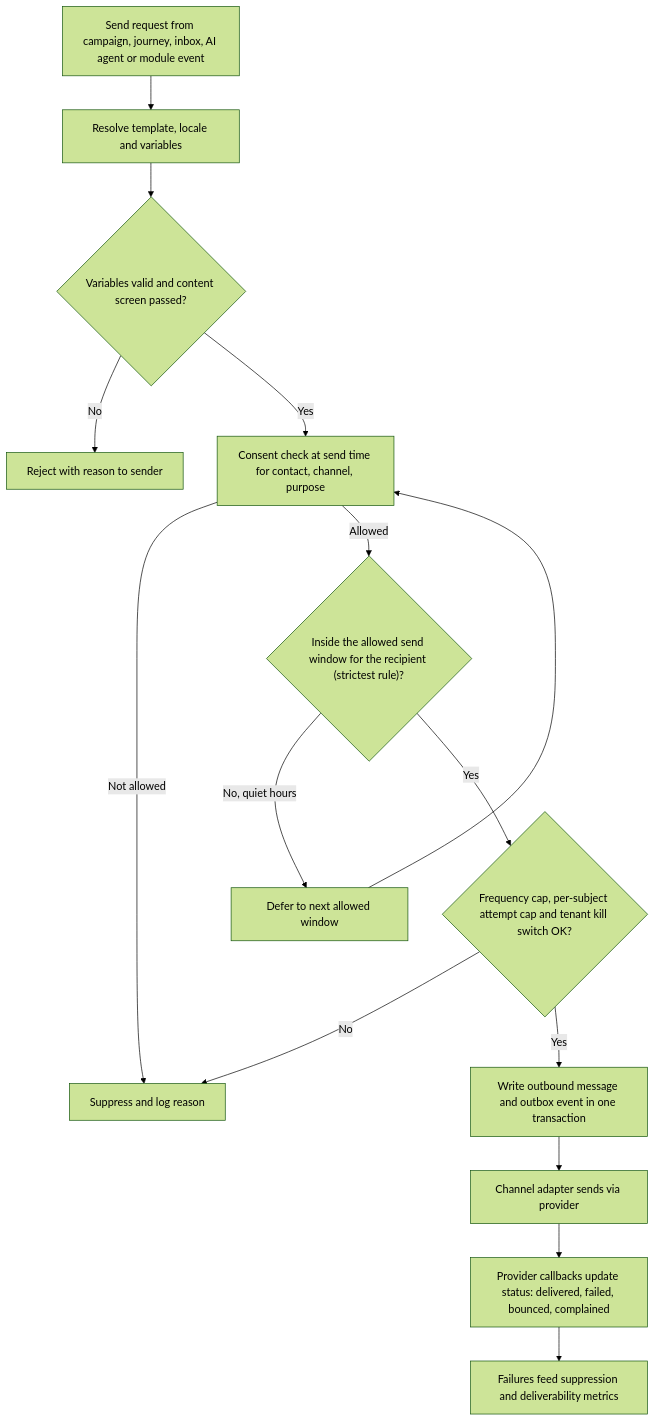
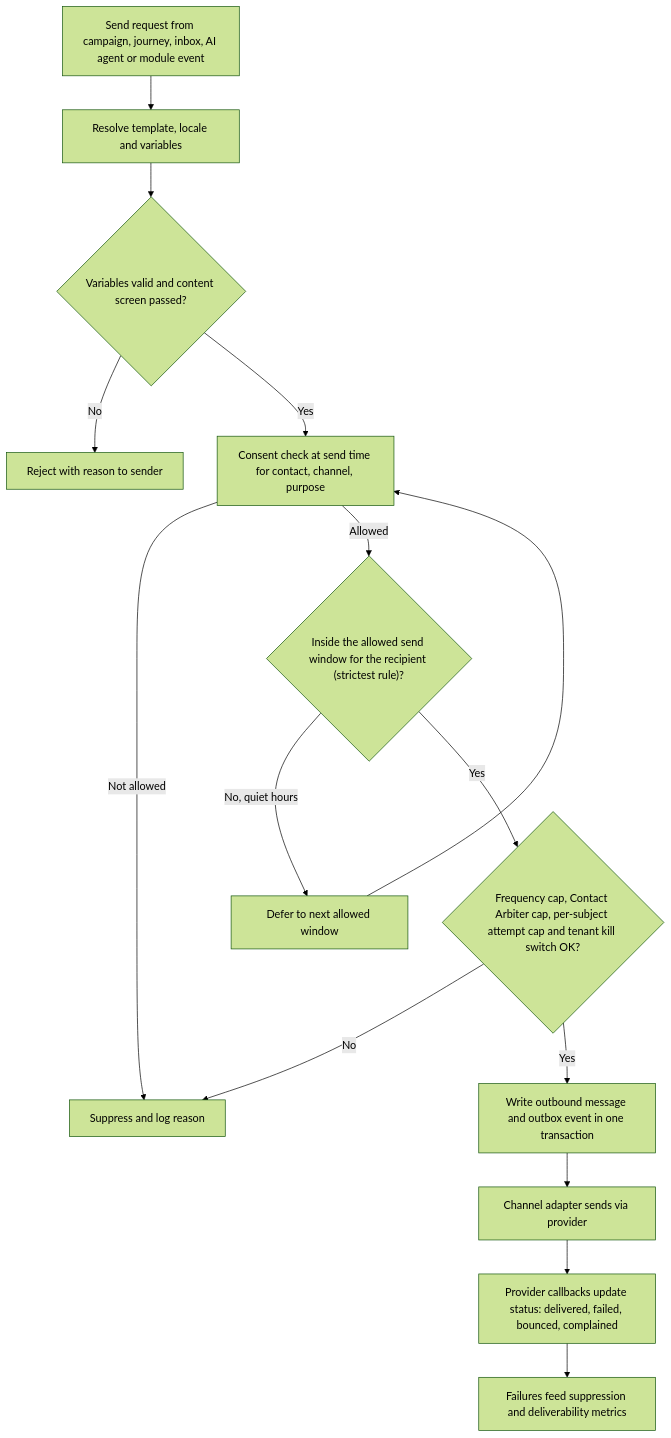
One commit to jdinard/landscape changed diagram 11 of 15 in docs/16-marketing-growth-communications.md. Above: the diagram before and after it, drawn with Mermaid (forest theme). The commit also changed other lines of this file and 42 other files, not shown here.

````diff
--- a/docs/16-marketing-growth-communications.md
+++ b/docs/16-marketing-growth-communications.md
@@ -1159,17 +1156,17 @@
 ```mermaid
 flowchart TD
     A["Send request from campaign, journey, inbox, AI agent or module event"] --> B["Resolve template, locale and variables"]
     B --> C{"Variables valid and content screen passed?"}
     C -- No --> Z["Reject with reason to sender"]
     C -- Yes --> D["Consent check at send time for contact, channel, purpose"]
     D -- "Not allowed" --> Y["Suppress and log reason"]
     D -- Allowed --> E{"Inside the allowed send window for the recipient (strictest rule)?"}
     E -- "No, quiet hours" --> Q["Defer to next allowed window"]
-    E -- Yes --> F{"Frequency cap, per-subject attempt cap and tenant kill switch OK?"}
+    E -- Yes --> F{"Frequency cap, Contact Arbiter cap, per-subject attempt cap and tenant kill switch OK?"}
     F -- No --> Y
     F -- Yes --> G["Write outbound message and outbox event in one transaction"]
     G --> H["Channel adapter sends via provider"]
     H --> I["Provider callbacks update status: delivered, failed, bounced, complained"]
     I --> J["Failures feed suppression and deliverability metrics"]
     Q --> D
 ```
````
